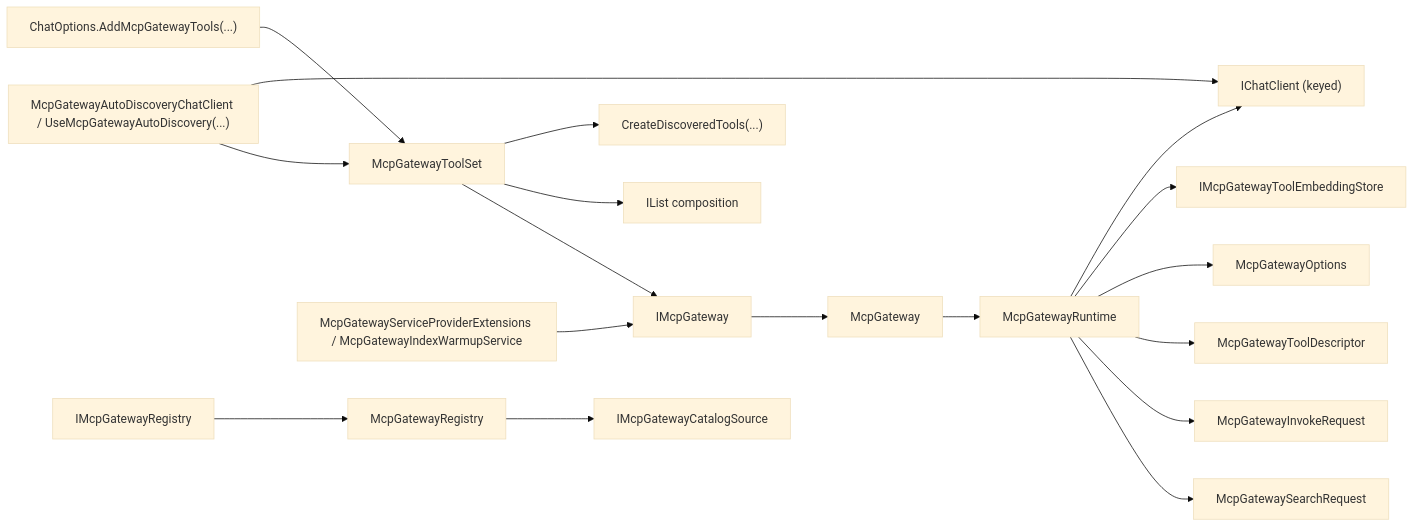
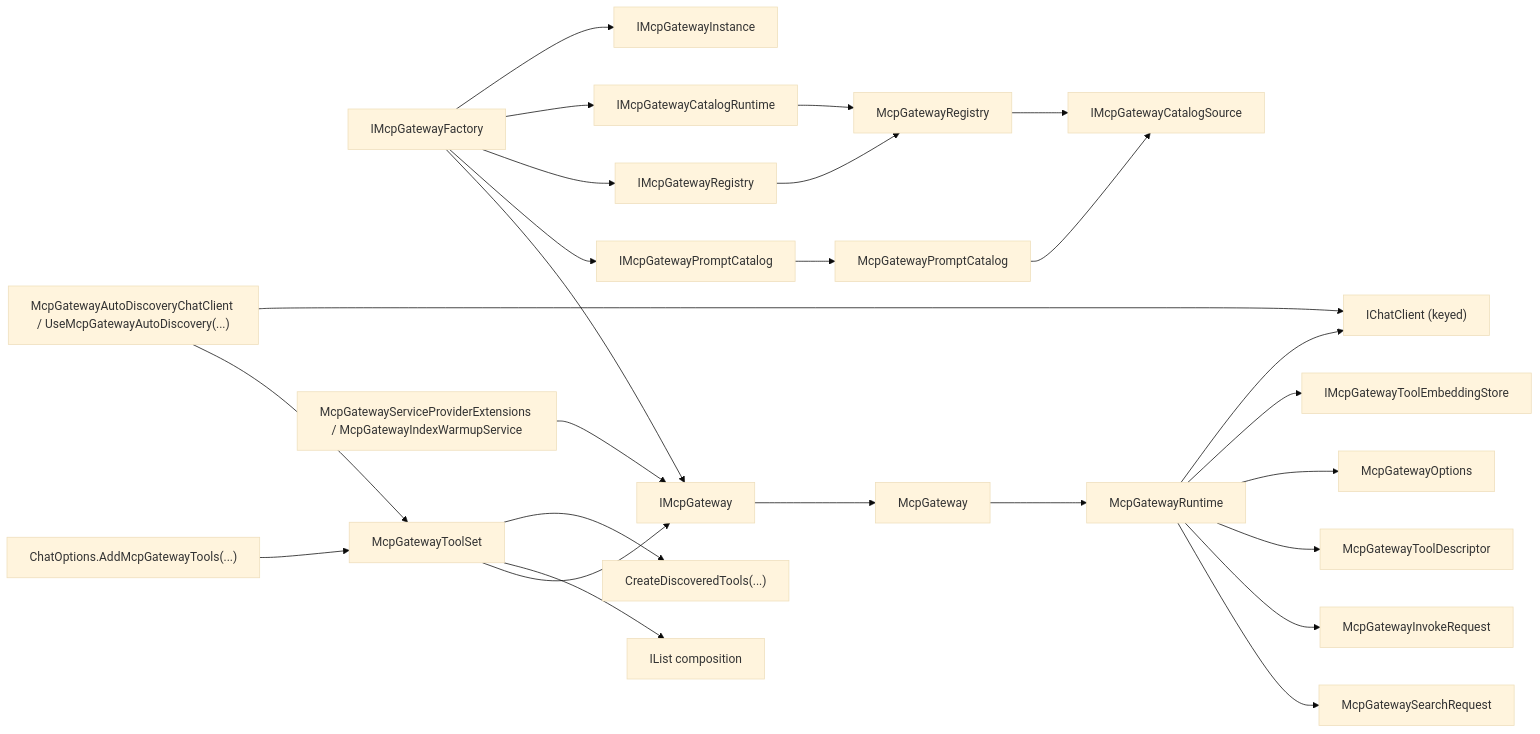
Before and after one commit to managedcode/MCPGateway: the third of 4 diagrams in docs/Architecture/Overview.md, drawn with Mermaid (base theme). The commit also changed other lines of this file and 30 other files, not shown here.

````diff
--- a/docs/Architecture/Overview.md
+++ b/docs/Architecture/Overview.md
@@ -75,20 +88,28 @@
 ```mermaid
 flowchart LR
     IMcpGateway["IMcpGateway"] --> McpGateway["McpGateway"]
     IMcpGatewayRegistry["IMcpGatewayRegistry"] --> Registry["McpGatewayRegistry"]
+    CatalogRuntime["IMcpGatewayCatalogRuntime"] --> Registry["McpGatewayRegistry"]
+    PromptCatalog["IMcpGatewayPromptCatalog"] --> PromptCatalogImpl["McpGatewayPromptCatalog"]
+    Factory["IMcpGatewayFactory"] --> IMcpGateway
+    Factory --> PromptCatalog
+    Factory --> IMcpGatewayRegistry
+    Factory --> CatalogRuntime
+    Factory --> Instance["IMcpGatewayInstance"]
     ToolSet["McpGatewayToolSet"] --> IMcpGateway
     ToolSet --> ToolList["IList<AITool> composition"]
     ToolSet --> DiscoveredTools["CreateDiscoveredTools(...)"]
     ChatOptions["ChatOptions.AddMcpGatewayTools(...)"] --> ToolSet
     AutoDiscovery["McpGatewayAutoDiscoveryChatClient / UseMcpGatewayAutoDiscovery(...)"] --> ToolSet
     AutoDiscovery --> ChatClient
     Warmup["McpGatewayServiceProviderExtensions / McpGatewayIndexWarmupService"] --> IMcpGateway
     McpGateway --> Runtime["McpGatewayRuntime"]
     Runtime --> SearchRequest["McpGatewaySearchRequest"]
     Runtime --> InvokeRequest["McpGatewayInvokeRequest"]
     Runtime --> Descriptor["McpGatewayToolDescriptor"]
     Runtime --> Options["McpGatewayOptions"]
     Runtime --> EmbeddingStore["IMcpGatewayToolEmbeddingStore"]
     Runtime --> ChatClient["IChatClient (keyed)"]
     Registry --> CatalogSource["IMcpGatewayCatalogSource"]
+    PromptCatalogImpl --> CatalogSource
 ```
````
